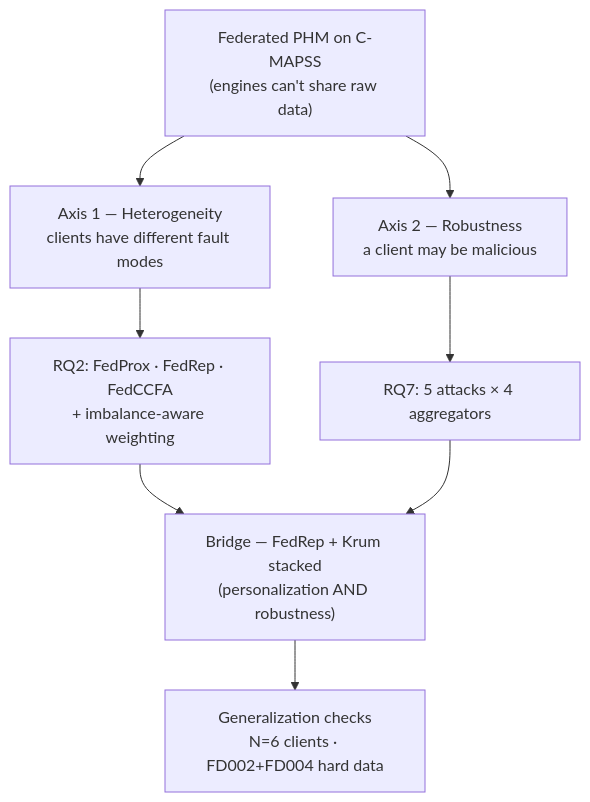
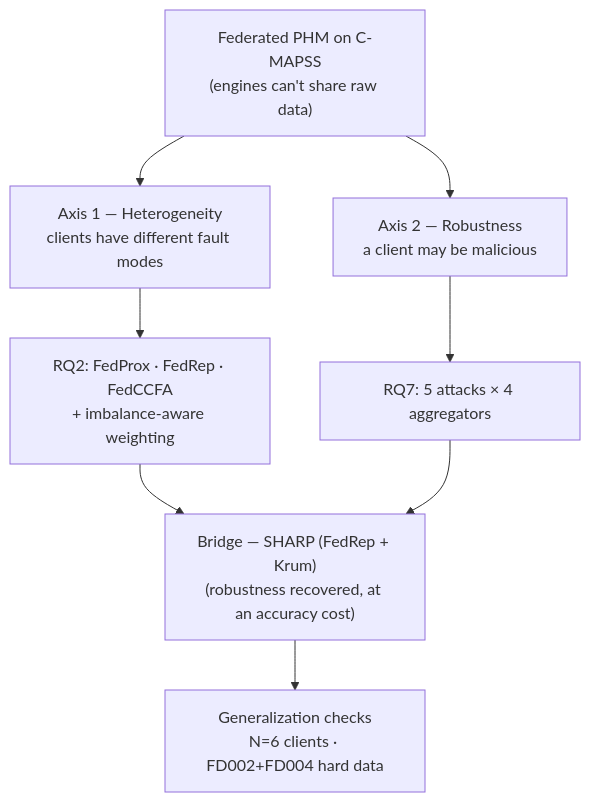
The first of 2 diagrams in RESULTS_CONSOLIDATED.md (Chinmoy17/FL-for-Aircraft), drawn with Mermaid before and after one commit. The commit also changed other lines of this file and 3 other files, not shown here.

````diff
--- a/RESULTS_CONSOLIDATED.md
+++ b/RESULTS_CONSOLIDATED.md
@@ -16,10 +16,10 @@
 ```mermaid
 flowchart TD
     A["Federated PHM on C-MAPSS<br/>(engines can't share raw data)"] --> B["Axis 1 — Heterogeneity<br/>clients have different fault modes"]
     A --> C["Axis 2 — Robustness<br/>a client may be malicious"]
     B --> B1["RQ2: FedProx · FedRep · FedCCFA<br/>+ imbalance-aware weighting"]
     C --> C1["RQ7: 5 attacks × 4 aggregators"]
-    B1 --> D["Bridge — FedRep + Krum stacked<br/>(personalization AND robustness)"]
+    B1 --> D["Bridge — SHARP (FedRep + Krum)<br/>(robustness recovered, at an accuracy cost)"]
     C1 --> D
     D --> E["Generalization checks<br/>N=6 clients · FD002+FD004 hard data"]
 ```
````
